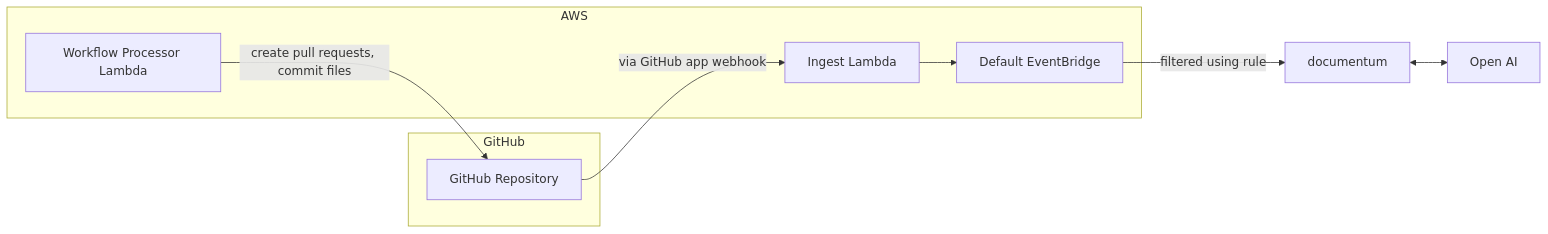
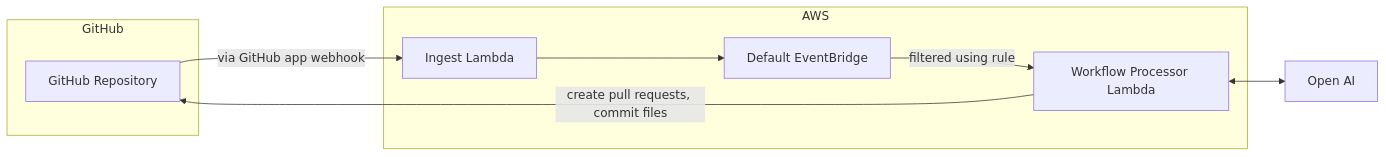
The diagram in README.md (todoengineering/EvergreenDocs), drawn with Mermaid before and after one commit.

````diff
--- a/README.md
+++ b/README.md
@@ -88,18 +88,18 @@
 ```mermaid
 graph LR
   subgraph GitHub
     githubRepo[GitHub Repository]
   end
 
   subgraph AWS
     ingest[Ingest Lambda]
     defaultEventBridge[Default EventBridge]
     workflowProcessor[Workflow Processor Lambda]
   end
 
   openAi[Open AI]
 
 
-  githubRepo -- via GitHub app webhook --> ingest --> defaultEventBridge -- filtered using rule --> documentum <--> openAi
+  githubRepo -- via GitHub app webhook --> ingest --> defaultEventBridge -- filtered using rule --> workflowProcessor <--> openAi
   workflowProcessor -- create pull requests, commit files --> githubRepo
 ```
````
